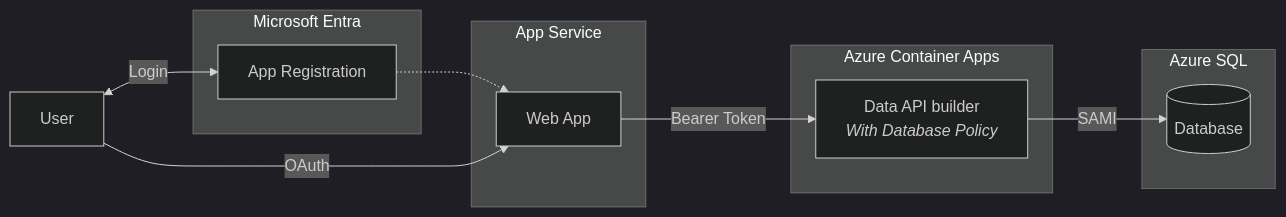
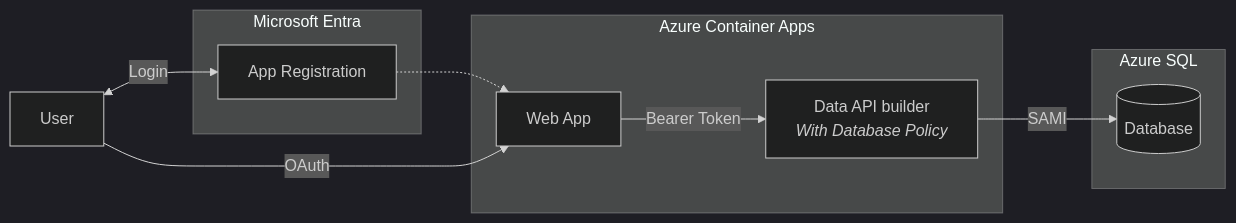
The diagram in quickstart4/README.md (JerryNixon/dab-quickstarts), drawn with Mermaid (dark theme) before and after one commit. The commit also changed 12 other files, not shown here.

Commit message:
Adjusted App Service indicator

````diff
--- a/quickstart4/README.md
+++ b/quickstart4/README.md
@@ -24,25 +24,22 @@
 ```mermaid
 flowchart LR
     U[User]
 
     subgraph Microsoft Entra
         E[App Registration]
     end
 
-    subgraph App Service
+    subgraph Azure Container Apps
         W[Web App]
-    end
-
-    subgraph Azure Container Apps
         A[Data API builder<br/><i>With Database Policy</i>]
     end
 
     subgraph Azure SQL
         S[(Database)]
     end
 
     U <-->|Login| E
     E -.-> W
     U -->|OAuth| W -->|Bearer Token| A
     A -->|SAMI| S
 ```
````
